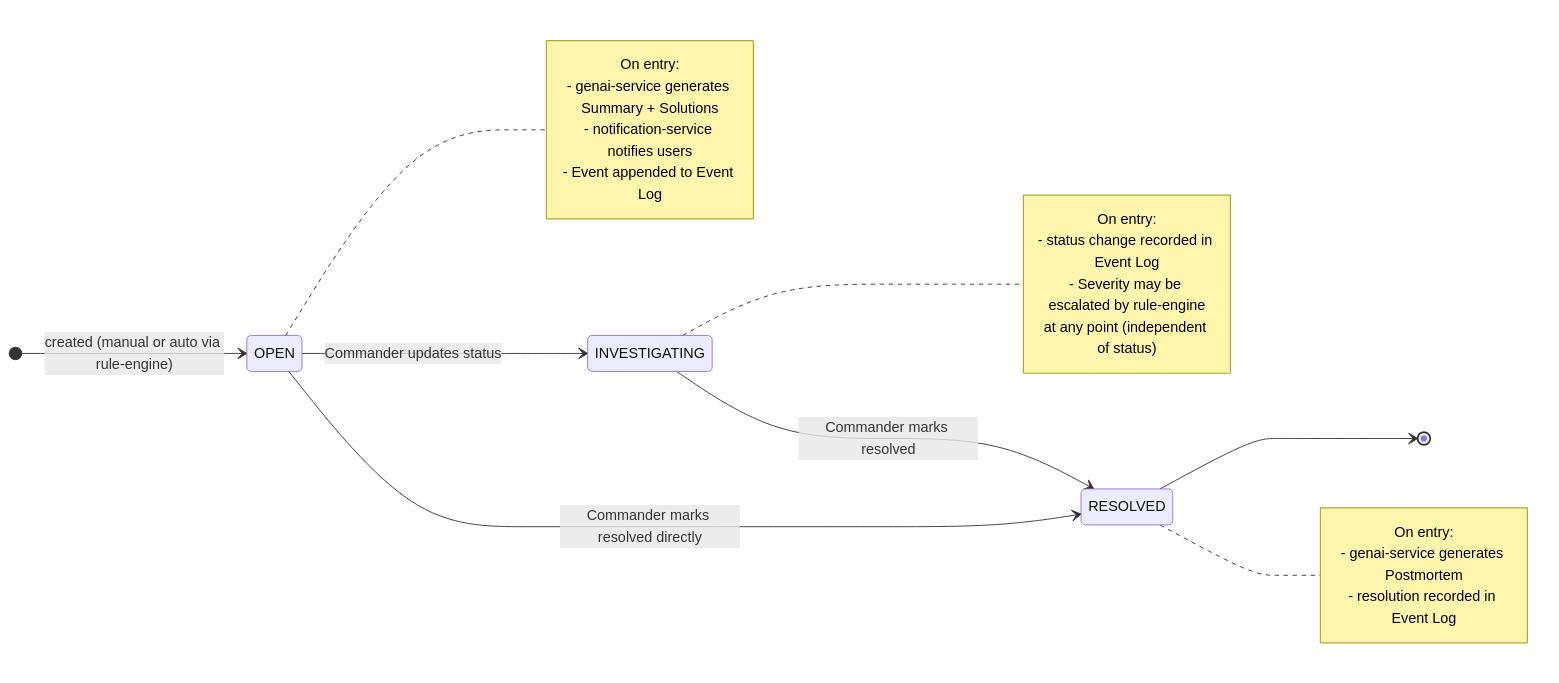
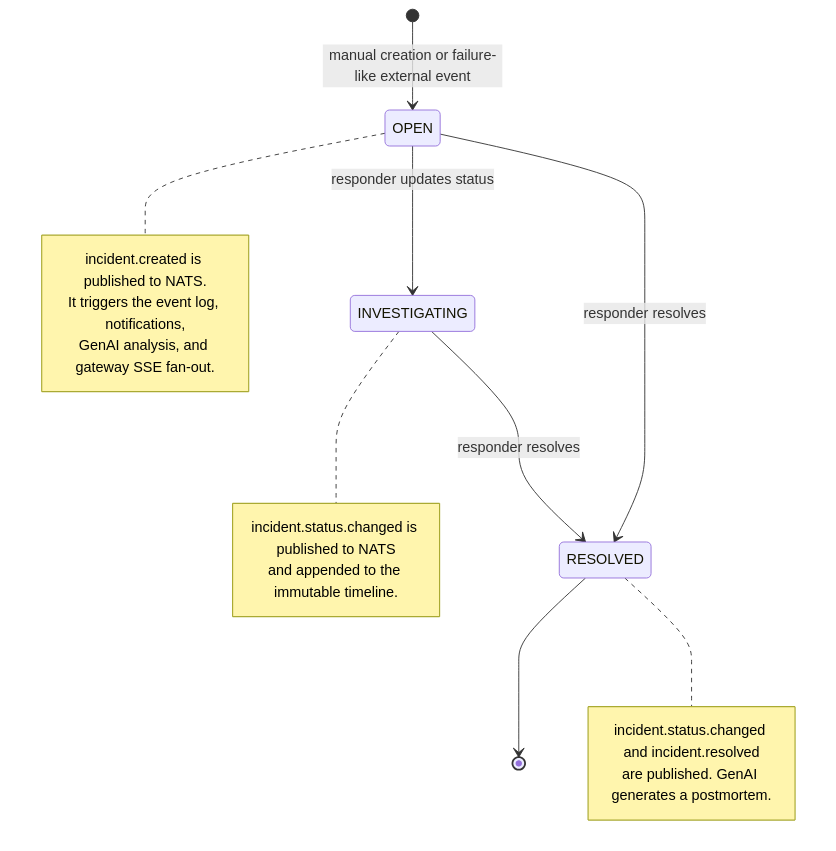
One commit to AET-DevOps26/team-panic-at-the-console changed the diagram in docs/deliverables/2026-05-08-uml-diagrams/state_diagram.md. Above: the diagram before and after it, drawn with Mermaid. The commit also changed other lines of this file and 22 other files, not shown here.

Commit message:
docs: align incident architecture and operations guide (#153)

````diff
--- a/docs/deliverables/2026-05-08-uml-diagrams/state_diagram.md
+++ b/docs/deliverables/2026-05-08-uml-diagrams/state_diagram.md
@@ -5,33 +3,25 @@
 ```mermaid
 stateDiagram-v2
-    direction LR
+    [*] --> OPEN: manual creation or failure-like external event
 
-    [*] --> OPEN: created (manual or auto via rule-engine)
-
-    OPEN --> INVESTIGATING: Commander updates status
-    OPEN --> RESOLVED: Commander marks resolved directly
-
-    INVESTIGATING --> RESOLVED: Commander marks resolved
-
+    OPEN --> INVESTIGATING: responder updates status
+    OPEN --> RESOLVED: responder resolves
+    INVESTIGATING --> RESOLVED: responder resolves
     RESOLVED --> [*]
 
     note right of OPEN
-        On entry:
-        - genai-service generates Summary + Solutions
-        - notification-service notifies users
-        - Event appended to Event Log
+        incident.created is published to NATS.
+        It triggers the event log, notifications,
+        GenAI analysis, and gateway SSE fan-out.
     end note
 
     note right of INVESTIGATING
-        On entry:
-        - status change recorded in Event Log
-        - Severity may be escalated by rule-engine
-          at any point (independent of status)
+        incident.status.changed is published to NATS
+        and appended to the immutable timeline.
     end note
 
     note right of RESOLVED
-        On entry:
-        - genai-service generates Postmortem
-        - resolution recorded in Event Log
+        incident.status.changed and incident.resolved
+        are published. GenAI generates a postmortem.
     end note
 ```
````
